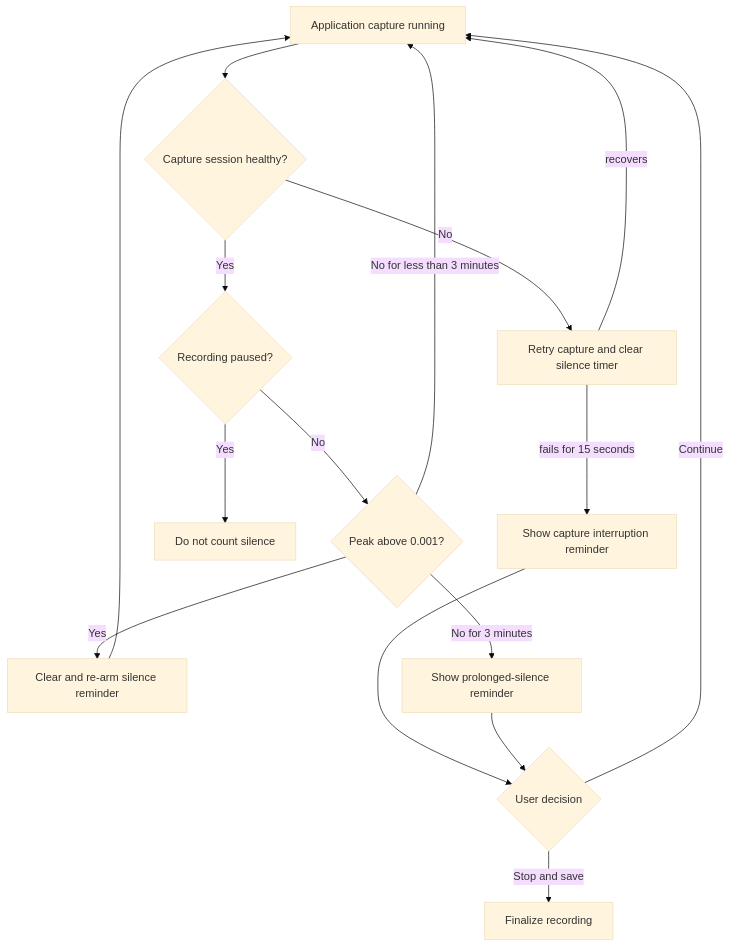
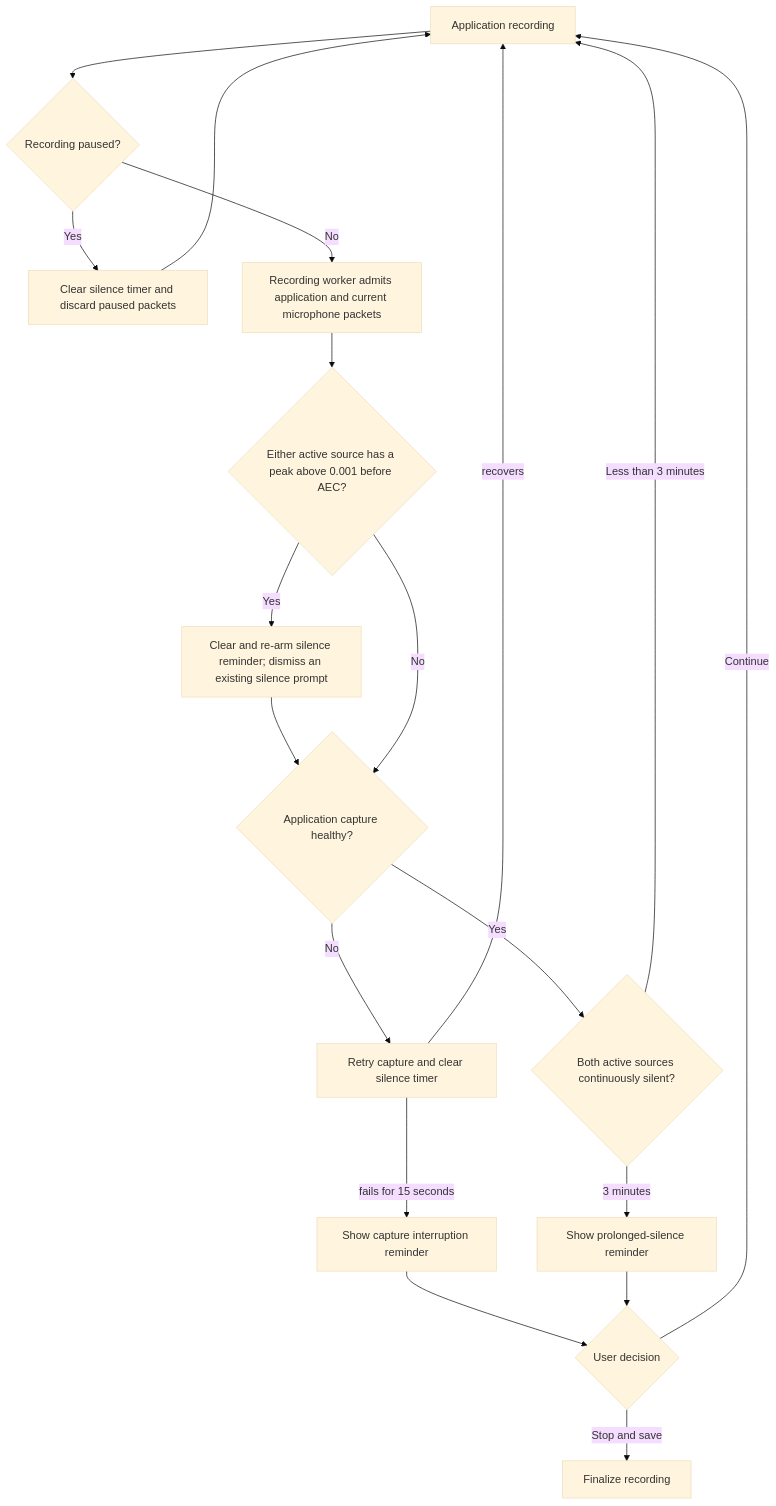
One commit to kwp-lab/nota changed the fourth of 6 diagrams in docs/architecture.md. Above: the diagram before and after it, drawn with Mermaid (base theme). The commit also changed other lines of this file and 9 other files, not shown here.

Commit message:
fix: include microphone activity in recording silence reminders

````diff
--- a/docs/architecture.md
+++ b/docs/architecture.md
@@ -260,18 +266,21 @@
 ```mermaid
 flowchart TD
-    A["Application capture running"] --> B{"Capture session healthy?"}
+    A["Application recording"] --> E{"Recording paused?"}
+    E -- "Yes" --> F["Clear silence timer and discard paused packets"]
+    F --> A
+    E -- "No" --> P["Recording worker admits application and current microphone packets"]
+    P --> Q{"Either active source has a peak above 0.001 before AEC?"}
+    Q -- "Yes" --> H["Clear and re-arm silence reminder; dismiss an existing silence prompt"]
+    H --> B{"Application capture healthy?"}
+    Q -- "No" --> B
     B -- "No" --> C["Retry capture and clear silence timer"]
     C -->|"recovers"| A
     C -->|"fails for 15 seconds"| D["Show capture interruption reminder"]
-    B -- "Yes" --> E{"Recording paused?"}
-    E -- "Yes" --> F["Do not count silence"]
-    E -- "No" --> G{"Peak above 0.001?"}
-    G -- "Yes" --> H["Clear and re-arm silence reminder"]
-    H --> A
-    G -- "No for less than 3 minutes" --> A
-    G -- "No for 3 minutes" --> I["Show prolonged-silence reminder"]
+    B -- "Yes" --> G{"Both active sources continuously silent?"}
+    G -- "Less than 3 minutes" --> A
+    G -- "3 minutes" --> I["Show prolonged-silence reminder"]
     D --> J{"User decision"}
     I --> J
     J -- "Continue" --> A
     J -- "Stop and save" --> K["Finalize recording"]
 ```
````
